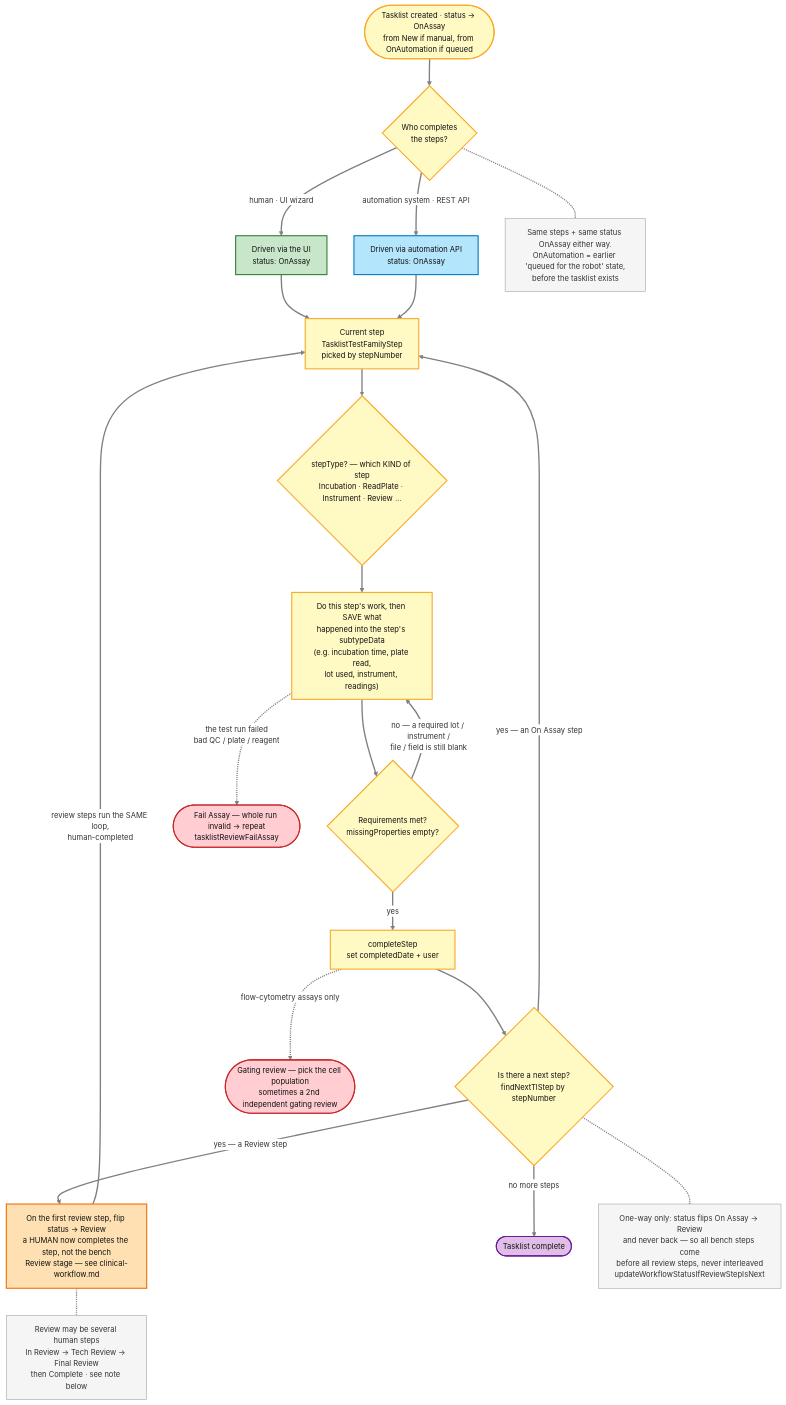
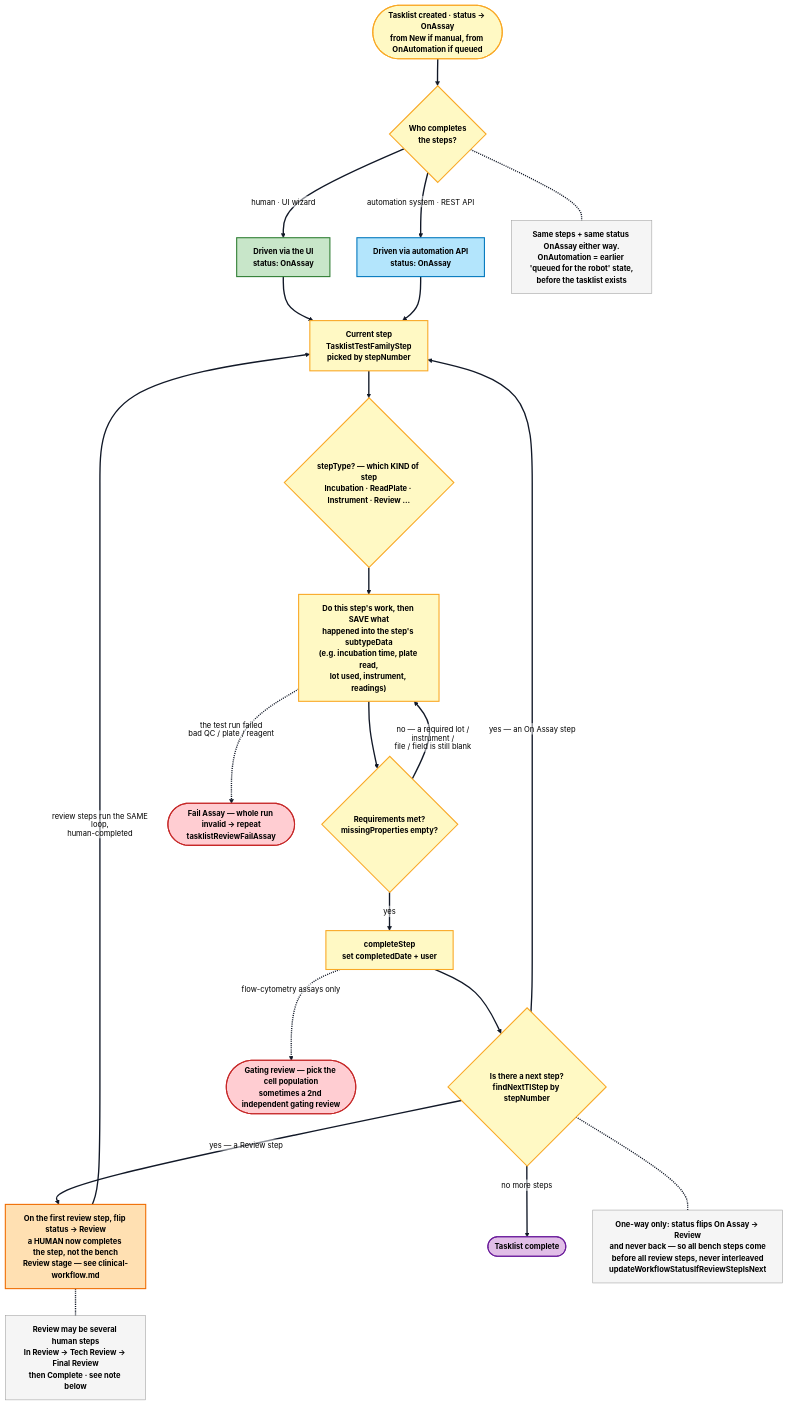
The first of 4 diagrams in src/assets/pages/app-resources/nerds/appDetails/00step/testing-stage/testing-stage.md (fengyanglin09/my-work-dashboard-app), drawn with Mermaid before and after one commit. The commit also changed other lines of this file and 35 other files, not shown here.

Commit message:
Add new mermaid diagrams for workflow and testing processes

````diff
--- a/src/assets/pages/app-resources/nerds/appDetails/00step/testing-stage/testing-stage.md
+++ b/src/assets/pages/app-resources/nerds/appDetails/00step/testing-stage/testing-stage.md
@@ -104,47 +104,47 @@
 ```mermaid
-%%{init: {"theme":"base", "themeVariables":{"background":"#ffffff","lineColor":"#808080","edgeLabelBackground":"#ffffff","fontSize":"14px"}, "flowchart":{"curve":"basis"}}}%%
+%%{init: {"theme":"base", "themeVariables":{"background":"#ffffff","mainBkg":"#ffffff","primaryColor":"#f8fafc","primaryTextColor":"#000000","primaryBorderColor":"#111827","secondaryColor":"#f8fafc","secondaryTextColor":"#000000","secondaryBorderColor":"#111827","tertiaryColor":"#f8fafc","tertiaryTextColor":"#000000","tertiaryBorderColor":"#111827","lineColor":"#111827","defaultLinkColor":"#111827","nodeTextColor":"#000000","textColor":"#000000","titleColor":"#000000","edgeLabelBackground":"#ffffff","clusterBkg":"#f8fafc","clusterBorder":"#111827","fontSize":"14px"}, "themeCSS":".nodeLabel,.nodeLabel *,.edgeLabel,.edgeLabel *,.cluster-label,.cluster-label *,.label,.label *,foreignObject,foreignObject *,text,tspan{color:#000000 !important;fill:#000000 !important;font-weight:700 !important;}.edgeLabel rect,.labelBkg{fill:#ffffff !important;opacity:0.96 !important;}", "flowchart":{"curve":"basis","htmlLabels":false}}}%%
 flowchart TD
     START([Tasklist created · status → OnAssay<br/>from New if manual, from OnAutomation if queued]) --> DRIVER{Who completes<br/>the steps?}
     DRIVER -->|human · UI wizard| UIW[Driven via the UI<br/>status: OnAssay]
     DRIVER -->|automation system · REST API| AUTOW[Driven via automation API<br/>status: OnAssay]
 
     UIW --> STEP[Current step<br/>TasklistTestFamilyStep<br/>picked by stepNumber]
     AUTOW --> STEP
     DRIVER -.- DNOTE[Same steps + same status OnAssay either way.<br/>OnAutomation = earlier 'queued for the robot' state,<br/>before the tasklist exists]
 
     STEP --> TYPE{"stepType? — which KIND of step<br/>Incubation · ReadPlate · Instrument · Review …"}
     TYPE --> WORK["Do this step's work, then SAVE what<br/>happened into the step's subtypeData<br/>(e.g. incubation time, plate read,<br/>lot used, instrument, readings)"]
     WORK --> GATE{Requirements met?<br/>missingProperties empty?}
     GATE -->|no — a required lot / instrument /<br/>file / field is still blank| WORK
     GATE -->|yes| COMPLETE[completeStep<br/>set completedDate + user]
 
     COMPLETE --> NEXT{"Is there a next step?<br/>findNextTlStep by stepNumber"}
     NEXT -->|yes — an On Assay step| STEP
     NEXT -->|yes — a Review step| TOREVIEW[On the first review step, flip status → Review<br/>a HUMAN now completes the step, not the bench<br/>Review stage — see clinical-workflow.md]
     TOREVIEW -->|review steps run the SAME loop,<br/>human-completed| STEP
     NEXT -->|no more steps| DONE([Tasklist complete])
 
     WORK -.->|the test run failed<br/>bad QC / plate / reagent| FAIL([Fail Assay — whole run invalid → repeat<br/>tasklistReviewFailAssay])
     COMPLETE -.->|flow-cytometry assays only| GATING([Gating review — pick the cell population<br/>sometimes a 2nd independent gating review])
 
     TOREVIEW -.- RNOTE[Review may be several human steps<br/>In Review → Tech Review → Final Review<br/>then Complete · see note below]
     NEXT -.- ONEWAY[One-way only: status flips On Assay → Review<br/>and never back — so all bench steps come<br/>before all review steps, never interleaved<br/>updateWorkflowStatusIfReviewStepIsNext]
 
-    classDef assay  fill:#c8e6c9,stroke:#2e7d32,stroke-width:2px,color:#111111;
-    classDef auto   fill:#b3e5fc,stroke:#0277bd,stroke-width:2px,color:#111111;
-    classDef engine fill:#fff9c4,stroke:#f9a825,stroke-width:2px,color:#111111;
-    classDef exit   fill:#e1bee7,stroke:#6a1b9a,stroke-width:2px,color:#111111;
-    classDef review fill:#ffe0b2,stroke:#ef6c00,stroke-width:2px,color:#111111;
-    classDef bad    fill:#ffcdd2,stroke:#c62828,stroke-width:2px,color:#111111;
-    classDef note   fill:#f5f5f5,stroke:#9e9e9e,stroke-width:1px,color:#333333;
+    classDef assay  fill:#c8e6c9,stroke:#2e7d32,stroke-width:2px,color:#000000,font-weight:700;
+    classDef auto   fill:#b3e5fc,stroke:#0277bd,stroke-width:2px,color:#000000,font-weight:700;
+    classDef engine fill:#fff9c4,stroke:#f9a825,stroke-width:2px,color:#000000,font-weight:700;
+    classDef exit   fill:#e1bee7,stroke:#6a1b9a,stroke-width:2px,color:#000000,font-weight:700;
+    classDef review fill:#ffe0b2,stroke:#ef6c00,stroke-width:2px,color:#000000,font-weight:700;
+    classDef bad    fill:#ffcdd2,stroke:#c62828,stroke-width:2px,color:#000000,font-weight:700;
+    classDef note   fill:#f5f5f5,stroke:#9e9e9e,stroke-width:1px,color:#000000,font-weight:700;
 
     class UIW assay;
     class AUTOW auto;
     class STEP,TYPE,WORK,GATE,COMPLETE,NEXT,START,DRIVER engine;
     class TOREVIEW review;
     class DONE exit;
     class FAIL,GATING bad;
     class RNOTE,ONEWAY,DNOTE note;
 
-    linkStyle default stroke:#808080,stroke-width:2.5px
+    linkStyle default stroke:#111827,stroke-width:2.5px
 ```
````
